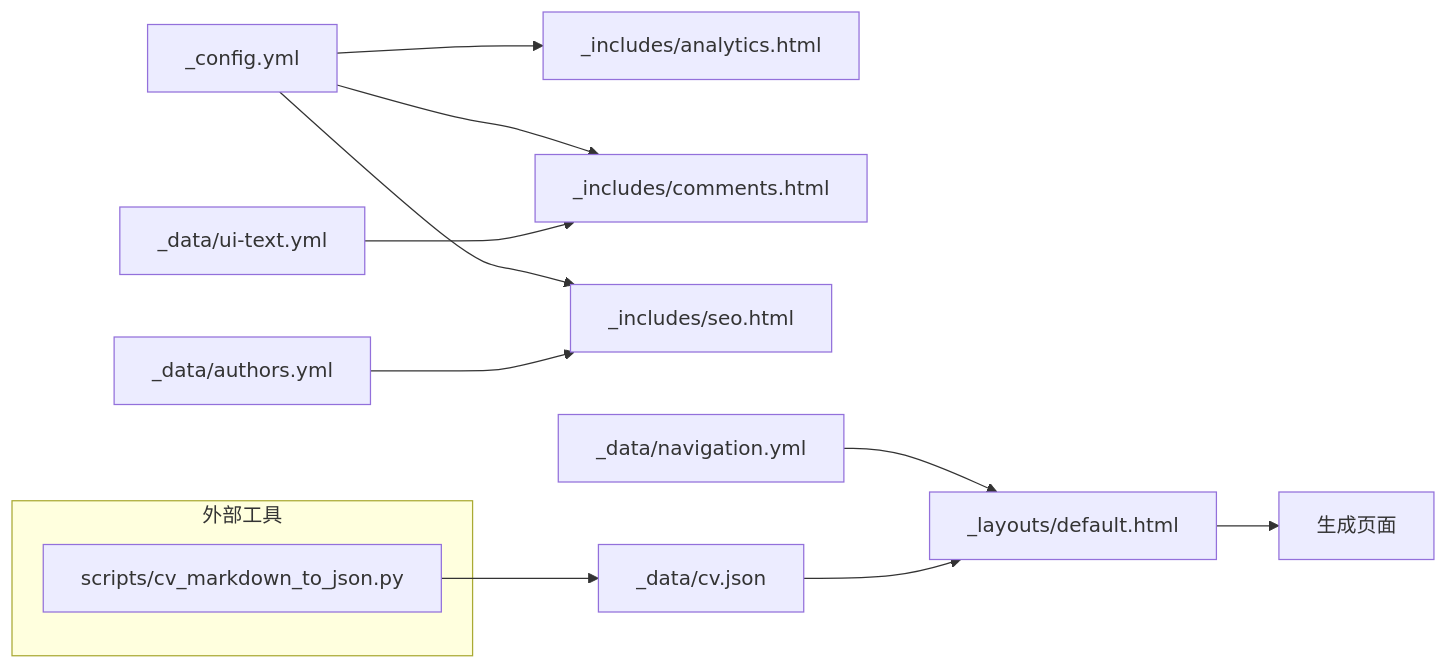
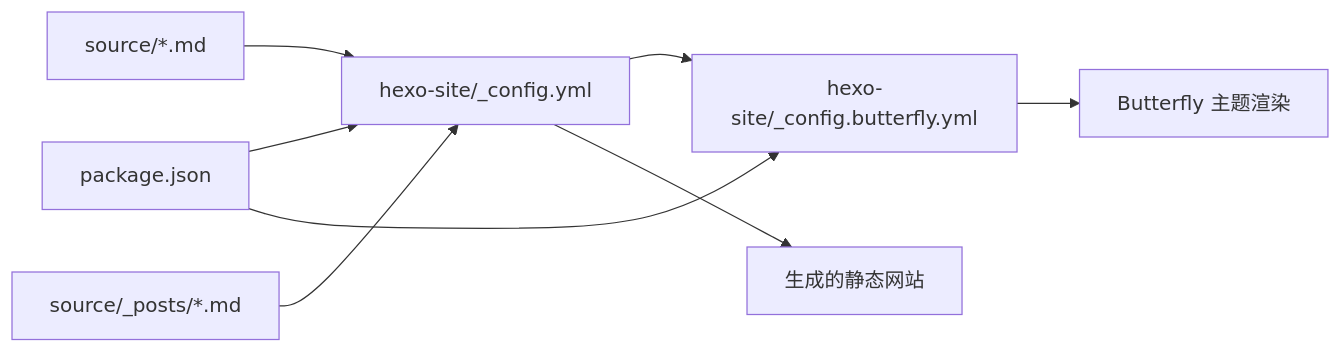
One commit to CoolPig0720/CoolPig0720.github.io changed the third of 3 diagrams in .qoder/repowiki/zh/content/配置管理/配置管理.md. Above: the diagram before and after it, drawn with Mermaid. The commit also changed other lines of this file and 36 other files, not shown here.

````diff
--- a/.qoder/repowiki/zh/content/配置管理/配置管理.md
+++ b/.qoder/repowiki/zh/content/配置管理/配置管理.md
@@ -283,15 +243,10 @@
 ```mermaid
 graph LR
-CFG["_config.yml"] --> ANA["_includes/analytics.html"]
-CFG --> COM["_includes/comments.html"]
-CFG --> SEO["_includes/seo.html"]
-NAV["_data/navigation.yml"] --> LYT["_layouts/default.html"]
-AUT["_data/authors.yml"] --> SEO
-UIT["_data/ui-text.yml"] --> COM
-CVJ["_data/cv.json"] --> LYT
-LYT --> OUT["生成页面"]
-subgraph "外部工具"
-PY["scripts/cv_markdown_to_json.py"]
-end
-PY --> CVJ
+HC["hexo-site/_config.yml"] --> BT["hexo-site/_config.butterfly.yml"]
+BT --> THEME["Butterfly 主题渲染"]
+PKG["package.json"] --> HC
+PKG --> BT
+SRC["source/*.md"] --> HC
+POST["source/_posts/*.md"] --> HC
+HC --> OUT["生成的静态网站"]
 ```
````
